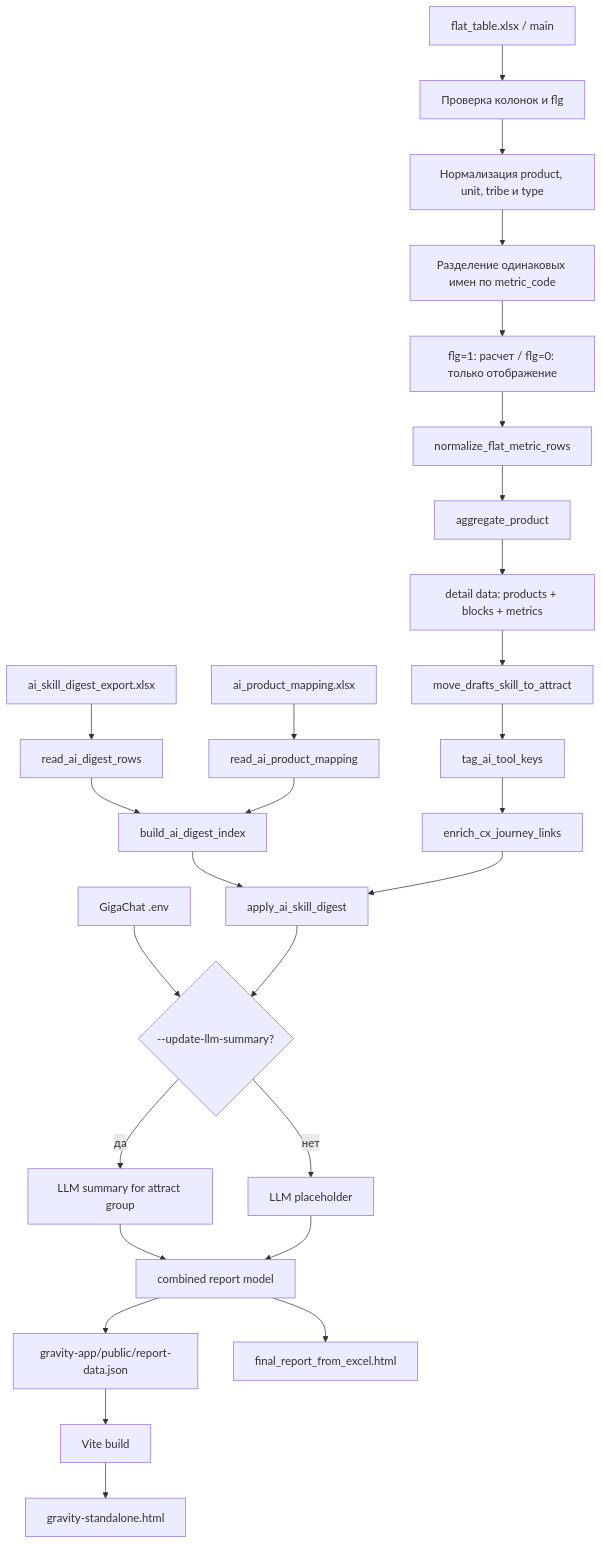
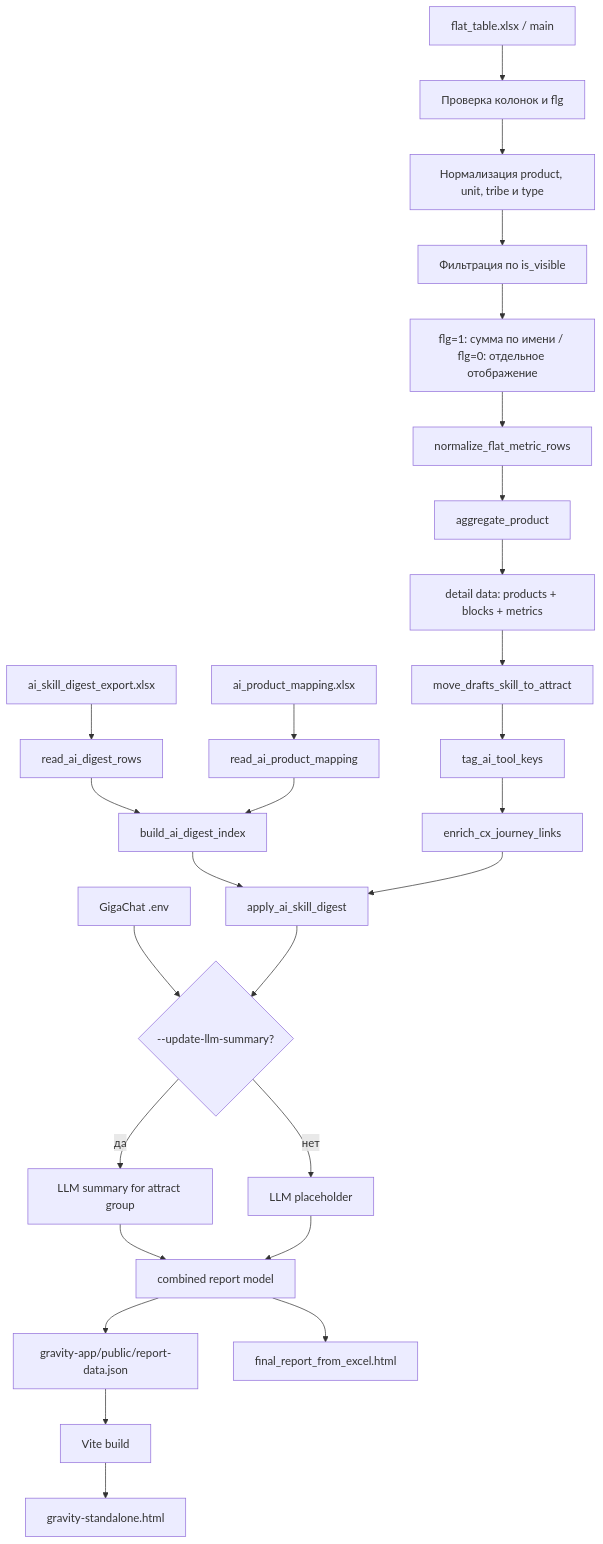
One commit to schischko-r/DD changed the diagram in README.md. Above: the diagram before and after it, drawn with Mermaid. The commit also changed other lines of this file and 20 other files, not shown here.

````diff
--- a/README.md
+++ b/README.md
@@ -100,32 +100,32 @@
 ```mermaid
 flowchart TD
     A["flat_table.xlsx / main"] --> B["Проверка колонок и flg"]
     B --> C["Нормализация product, unit, tribe и type"]
-    C --> D["Разделение одинаковых имен по metric_code"]
-    D --> E["flg=1: расчет / flg=0: только отображение"]
+    C --> D["Фильтрация по is_visible"]
+    D --> E["flg=1: сумма по имени / flg=0: отдельное отображение"]
     E --> H["normalize_flat_metric_rows"]
     H --> I["aggregate_product"]
     I --> J["detail data: products + blocks + metrics"]
     J --> K["move_drafts_skill_to_attract"]
     K --> L["tag_ai_tool_keys"]
     L --> M["enrich_cx_journey_links"]
 
     N["ai_skill_digest_export.xlsx"] --> O["read_ai_digest_rows"]
     P["ai_product_mapping.xlsx"] --> Q["read_ai_product_mapping"]
     O --> R["build_ai_digest_index"]
     Q --> R
     R --> S["apply_ai_skill_digest"]
     M --> S
 
     T["GigaChat .env"] --> U{"--update-llm-summary?"}
     S --> U
     U -->|да| V["LLM summary for attract group"]
     U -->|нет| W["LLM placeholder"]
     V --> X["combined report model"]
     W --> X
 
     X --> Y["gravity-app/public/report-data.json"]
     X --> Z["final_report_from_excel.html"]
     Y --> AA["Vite build"]
     AA --> AB["gravity-standalone.html"]
 ```
````
